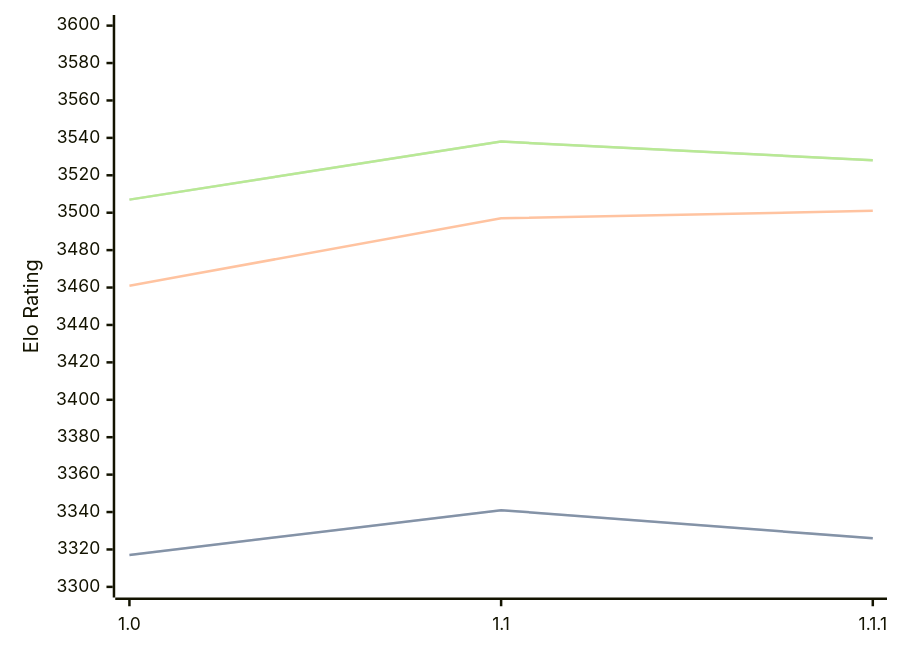
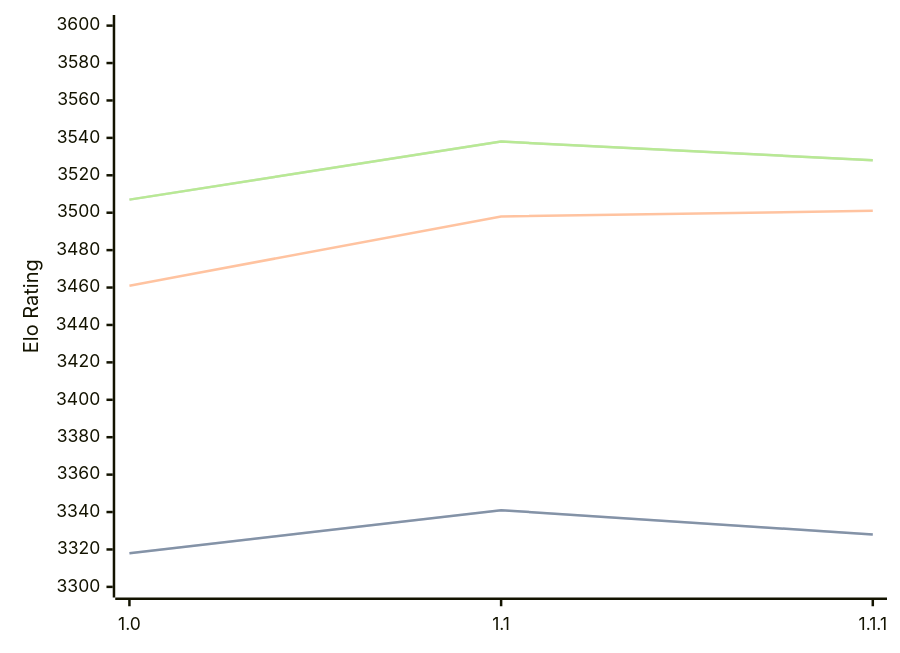
Before and after one commit to computer-chess-index/cci: the diagram in engines/Icarus.md, drawn with Mermaid. The commit also changed other lines of this file, not shown here.

````diff
--- a/engines/Icarus.md
+++ b/engines/Icarus.md
@@ -33,11 +33,11 @@
 ```mermaid
 %%{init: {"theme":"base","themeVariables":{"seriesColors:['#a3a3a3','#222221','#faa371']}}}%%
 xychart-beta
   x-axis ["1.0", "1.1", "1.1.1"]
   y-axis "Elo Rating" 3300 --> 3600
-  line "" [3317, 3341, 3326]
-  line "STC (8.0+0.08s)" [3317, 3341, 3326]
-  line "LTC (60.0+0.60s)" [3461, 3497, 3501]
+  line "" [3318, 3341, 3328]
+  line "STC (8.0+0.08s)" [3318, 3341, 3328]
+  line "LTC (60.0+0.60s)" [3461, 3498, 3501]
   line "" [3507, 3538, 3528]
   line "VLTC (2m24s+1.12s)" [3507, 3538, 3528]
 ```
````
